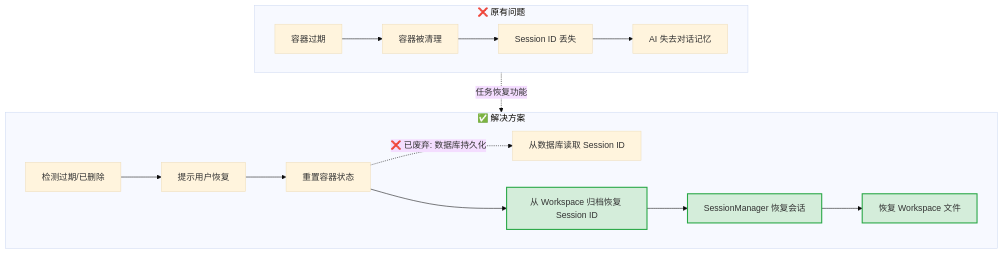
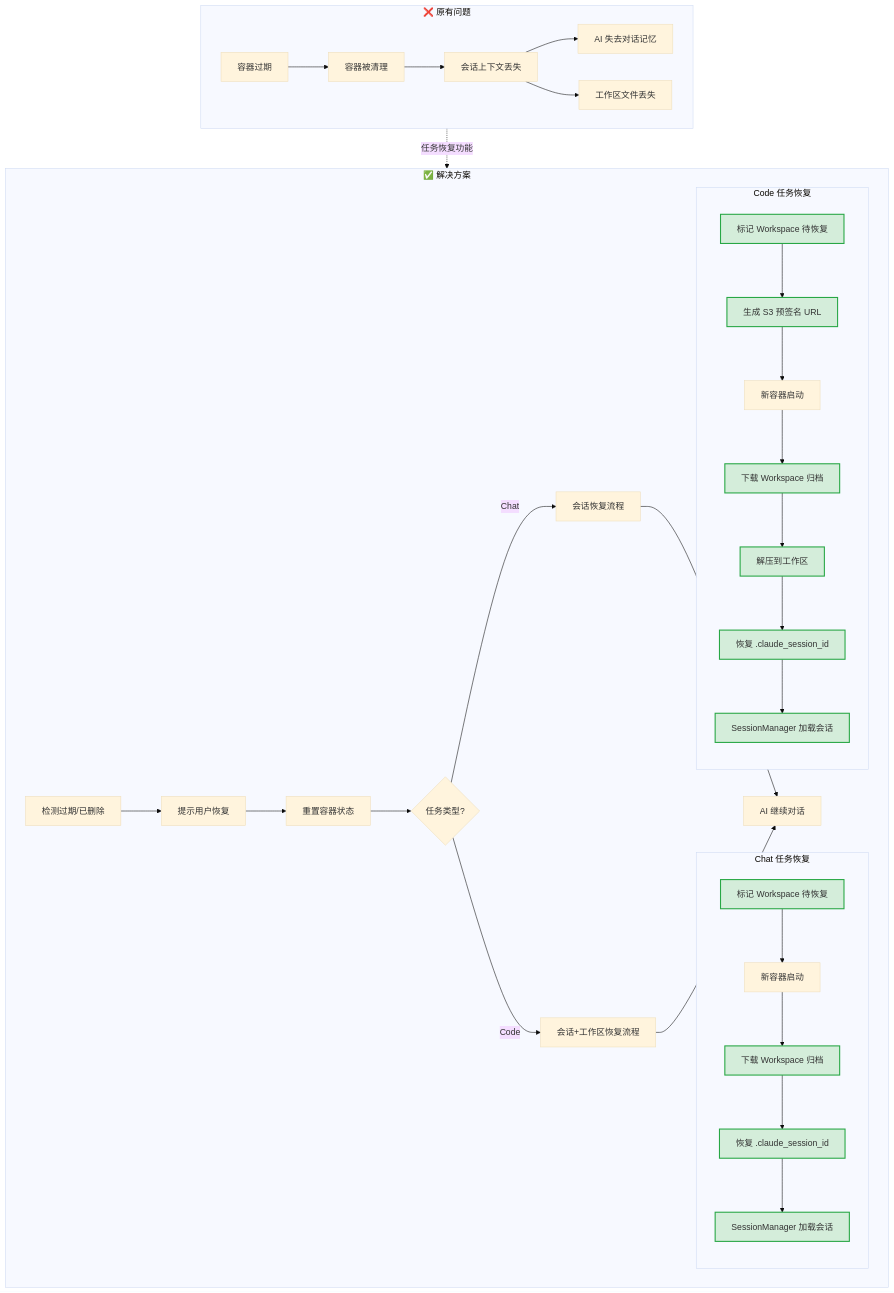
One commit to wecode-ai/Wegent changed the first of 9 diagrams in docs/zh/features/task-restore.md. Above: the diagram before and after it, drawn with Mermaid (base theme). The commit also changed other lines of this file and 1 other file, not shown here.

````diff
--- a/docs/zh/features/task-restore.md
+++ b/docs/zh/features/task-restore.md
@@ -25,21 +29,42 @@
 ```mermaid
 flowchart TB
     subgraph 问题["❌ 原有问题"]
         A[容器过期] --> B[容器被清理]
-        B --> C[Session ID 丢失]
+        B --> C[会话上下文丢失]
         C --> D[AI 失去对话记忆]
+        C --> E[工作区文件丢失]
     end
 
     subgraph 方案["✅ 解决方案"]
-        E[检测过期/已删除] --> F[提示用户恢复]
-        F --> G[重置容器状态]
-        G -.->|❌ 已废弃: 数据库持久化| H[从数据库读取 Session ID]
-        G --> H2[从 Workspace 归档恢复 Session ID]:::current
-        H2 --> I[SessionManager 恢复会话]:::current
-        I --> J[恢复 Workspace 文件]:::current
+        F[检测过期/已删除] --> G[提示用户恢复]
+        G --> H[重置容器状态]
+        H --> I{任务类型?}
+        I -->|Chat| J[会话恢复流程]
+        I -->|Code| K[会话+工作区恢复流程]
+
+        subgraph Chat恢复["Chat 任务恢复"]
+            J1[标记 Workspace 待恢复]:::new
+            J1 --> J2[新容器启动]
+            J2 --> J3[下载 Workspace 归档]:::new
+            J3 --> J4[恢复 .claude_session_id]:::new
+            J4 --> J5[SessionManager 加载会话]:::new
+        end
+
+        subgraph Code恢复["Code 任务恢复"]
+            K1[标记 Workspace 待恢复]:::new
+            K1 --> K2[生成 S3 预签名 URL]:::new
+            K2 --> K3[新容器启动]
+            K3 --> K4[下载 Workspace 归档]:::new
+            K4 --> K5[解压到工作区]:::new
+            K5 --> K6[恢复 .claude_session_id]:::new
+            K6 --> K7[SessionManager 加载会话]:::new
+        end
+
+        J --> L[AI 继续对话]
+        K --> L
     end
 
     问题 -.->|任务恢复功能| 方案
 
-    classDef current fill:#d4edda,stroke:#28a745,stroke-width:2px
+    classDef new fill:#d4edda,stroke:#28a745,stroke-width:2px
 ```
````
